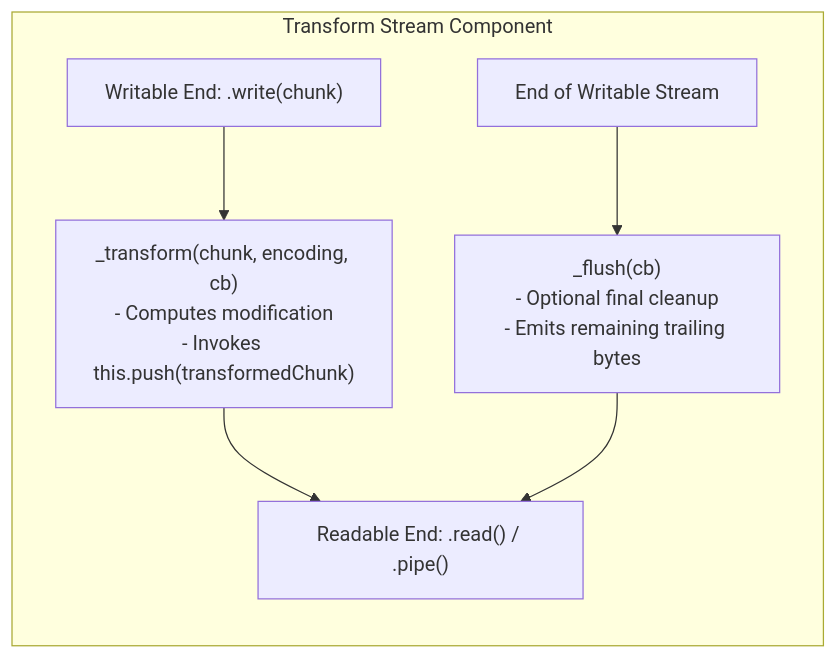
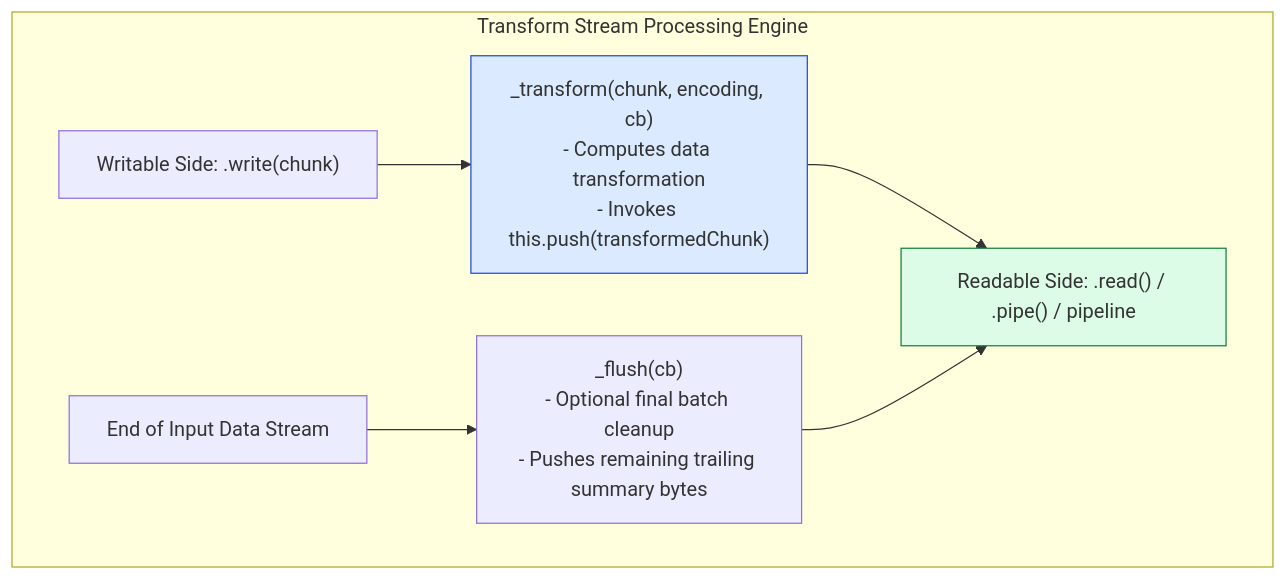
Before and after one commit to Amie-dev/engineering-playbook: the first of 2 diagrams in nodejs-notes/11-streams-transform-pipeline.md, drawn with Mermaid. The commit also changed other lines of this file and 31 other files, not shown here.

````diff
--- a/nodejs-notes/11-streams-transform-pipeline.md
+++ b/nodejs-notes/11-streams-transform-pipeline.md
@@ -15,10 +17,13 @@
 ```mermaid
-flowchart LR
-    subgraph Transform Stream Component
-        InputChunk["Writable End: .write(chunk)"] --> TransformFn["_transform(chunk, encoding, cb)<br/>- Computes modification<br/>- Invokes this.push(transformedChunk)"]
-        TransformFn --> OutputQueue["Readable End: .read() / .pipe()"]
+flowchart TD
+    subgraph Transform Stream Processing Engine
+        InputChunk["Writable Side: .write(chunk)"] --> TransformFn["_transform(chunk, encoding, cb)<br/>- Computes data transformation<br/>- Invokes this.push(transformedChunk)"]
+        TransformFn --> OutputQueue["Readable Side: .read() / .pipe() / pipeline"]
         
-        EndData["End of Writable Stream"] --> FlushFn["_flush(cb)<br/>- Optional final cleanup<br/>- Emits remaining trailing bytes"]
+        EndData["End of Input Data Stream"] --> FlushFn["_flush(cb)<br/>- Optional final batch cleanup<br/>- Pushes remaining trailing summary bytes"]
         FlushFn --> OutputQueue
     end
+
+    style TransformFn fill:#dbeafe,stroke:#1d4ed8
+    style OutputQueue fill:#dcfce7,stroke:#15803d
 ```
````
